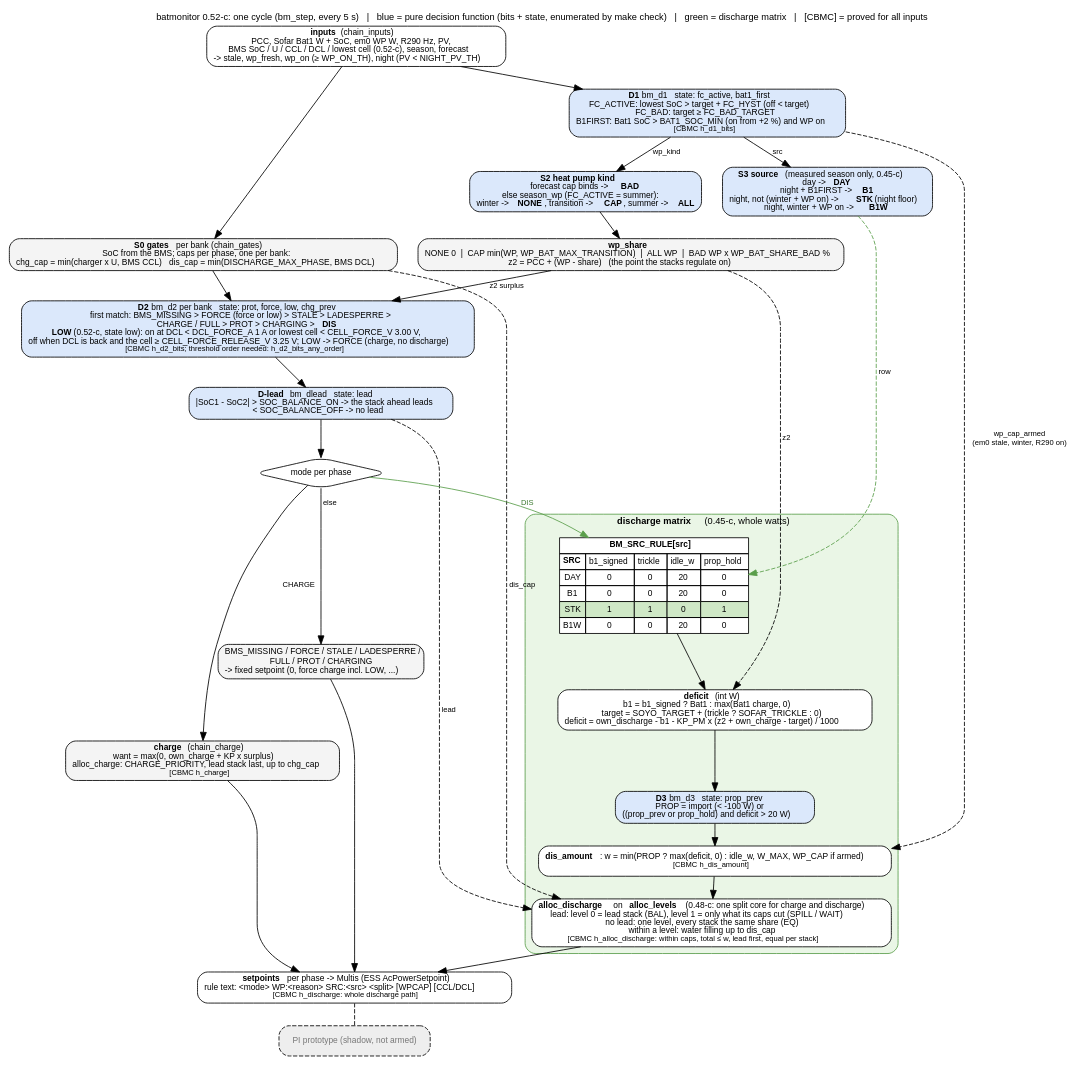
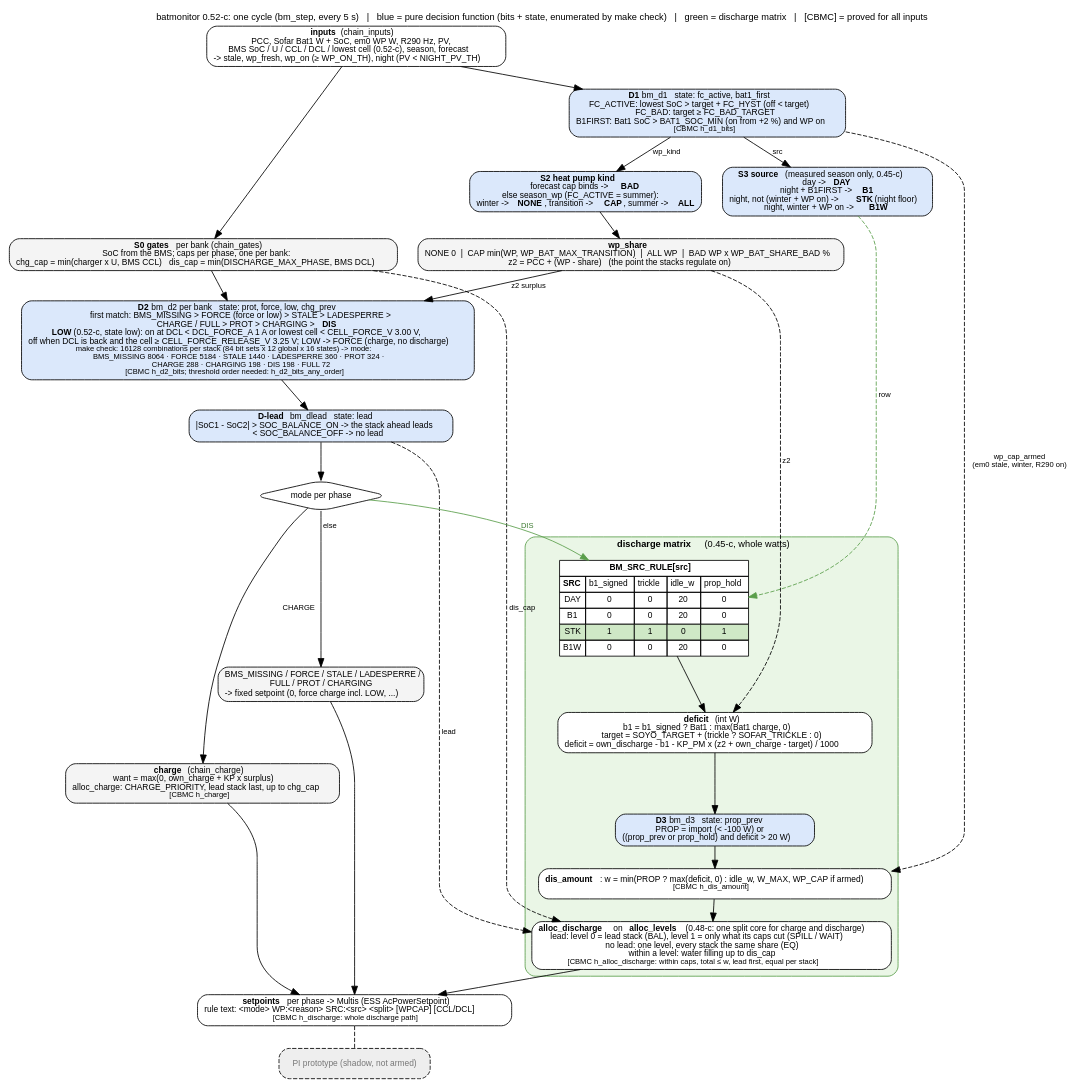
Before and after one commit to gerontec/victron: the diagram in docs/discharge_flow.dot, drawn with Graphviz. The commit also changed 8 other files, not shown here.

Commit message:
docs: D2 boxes of the three flow charts labelled with the make check counts per stack (16128 -> nine modes)

```diff
--- a/docs/discharge_flow.dot
+++ b/docs/discharge_flow.dot
@@ -1,75 +1,75 @@
 // batmonitor 0.45-c: decision flow of one cycle (bm_step), the discharge matrix highlighted.
 // render: dot -Tpdf discharge_flow.dot -o discharge_flow.pdf   (or -Tpng)
 digraph batmonitor {
 	graph [rankdir=TB, fontname="Helvetica", fontsize=11, nodesep=0.35, ranksep=0.35, newrank=true,
 		   label="batmonitor 0.52-c: one cycle (bm_step, every 5 s)   |   blue = pure decision function (bits + state, enumerated by make check)   |   green = discharge matrix   |   [CBMC] = proved for all inputs",
 		   labelloc=t];
 	node [shape=box, style="rounded,filled", fillcolor="#f4f4f4", fontname="Helvetica", fontsize=10];
 	edge [fontname="Helvetica", fontsize=9];
 
 	in [label=<<b>inputs</b> (chain_inputs)<br/>PCC, Sofar Bat1 W + SoC, em0 WP W, R290 Hz, PV,<br/>BMS SoC / U / CCL / DCL / lowest cell (0.52-c), season, forecast<br/>-&gt; stale, wp_fresh, wp_on (&ge; WP_ON_TH), night (PV &lt; NIGHT_PV_TH)>, fillcolor="#ffffff"];
 
 	d1 [label=<<b>D1</b> bm_d1   state: fc_active, bat1_first<br/>FC_ACTIVE: lowest SoC &gt; target + FC_HYST (off &lt; target)<br/>FC_BAD: target &ge; FC_BAD_TARGET<br/>B1FIRST: Bat1 SoC &gt; BAT1_SOC_MIN (on from +2 %) and WP on<br/><font point-size="9">[CBMC h_d1_bits]</font>>, fillcolor="#dbe8fb"];
 
 	src [label=<<b>S3 source</b> (measured season only, 0.45-c)<br/>day -&gt; <b>DAY</b><br/>night + B1FIRST -&gt; <b>B1</b><br/>night, not (winter + WP on) -&gt; <b>STK</b> (night floor)<br/>night, winter + WP on -&gt; <b>B1W</b>>, fillcolor="#dbe8fb"];
 
 	wpk [label=<<b>S2 heat pump kind</b><br/>forecast cap binds -&gt; <b>BAD</b><br/>else season_wp (FC_ACTIVE = summer):<br/>winter -&gt; <b>NONE</b>, transition -&gt; <b>CAP</b>, summer -&gt; <b>ALL</b>>, fillcolor="#dbe8fb"];
 
 	share [label=<<b>wp_share</b><br/>NONE 0  |  CAP min(WP, WP_BAT_MAX_TRANSITION)  |  ALL WP  |  BAD WP x WP_BAT_SHARE_BAD %<br/>z2 = PCC + (WP - share)   (the point the stacks regulate on)>];
 
 	gates [label=<<b>S0 gates</b> per bank (chain_gates)<br/>SoC from the BMS; caps per phase, one per bank:<br/>chg_cap = min(charger x U, BMS CCL)   dis_cap = min(DISCHARGE_MAX_PHASE, BMS DCL)>];
 
-	d2 [label=<<b>D2</b> bm_d2 per bank   state: prot, force, low, chg_prev<br/>first match: BMS_MISSING &gt; FORCE (force or low) &gt; STALE &gt; LADESPERRE &gt;<br/>CHARGE / FULL &gt; PROT &gt; CHARGING &gt; <b>DIS</b><br/><b>LOW</b> (0.52-c, state low): on at DCL &lt; DCL_FORCE_A 1 A or lowest cell &lt; CELL_FORCE_V 3.00 V,<br/>off when DCL is back and the cell &ge; CELL_FORCE_RELEASE_V 3.25 V; LOW -&gt; FORCE (charge, no discharge)<br/><font point-size="9">[CBMC h_d2_bits; threshold order needed: h_d2_bits_any_order]</font>>, fillcolor="#dbe8fb"];
+	d2 [label=<<b>D2</b> bm_d2 per bank   state: prot, force, low, chg_prev<br/>first match: BMS_MISSING &gt; FORCE (force or low) &gt; STALE &gt; LADESPERRE &gt;<br/>CHARGE / FULL &gt; PROT &gt; CHARGING &gt; <b>DIS</b><br/><b>LOW</b> (0.52-c, state low): on at DCL &lt; DCL_FORCE_A 1 A or lowest cell &lt; CELL_FORCE_V 3.00 V,<br/>off when DCL is back and the cell &ge; CELL_FORCE_RELEASE_V 3.25 V; LOW -&gt; FORCE (charge, no discharge)<br/><font point-size="9">make check: 16128 combinations per stack (84 bit sets x 12 global x 16 states) -&gt; mode:<br/>BMS_MISSING 8064 · FORCE 5184 · STALE 1440 · LADESPERRE 360 · PROT 324 ·<br/>CHARGE 288 · CHARGING 198 · DIS 198 · FULL 72</font><br/><font point-size="9">[CBMC h_d2_bits; threshold order needed: h_d2_bits_any_order]</font>>, fillcolor="#dbe8fb"];
 
 	lead [label=<<b>D-lead</b> bm_dlead   state: lead<br/>|SoC1 - SoC2| &gt; SOC_BALANCE_ON -&gt; the stack ahead leads<br/>&lt; SOC_BALANCE_OFF -&gt; no lead>, fillcolor="#dbe8fb"];
 
 	modesplit [label="mode per phase", shape=diamond, fillcolor="#ffffff"];
 	other [label=<BMS_MISSING / FORCE / STALE / LADESPERRE /<br/>FULL / PROT / CHARGING<br/>-&gt; fixed setpoint (0, force charge incl. LOW, ...)>];
 
 	subgraph cluster_dis {
 		label=<<b>discharge matrix</b> (0.45-c, whole watts)>; style="rounded,filled"; fillcolor="#eaf6e6"; color="#5a9e4b"; fontsize=11;
 		rule [shape=plain, fillcolor="#ffffff", label=<
 			<table border="0" cellborder="1" cellspacing="0" cellpadding="3" bgcolor="#ffffff">
 			<tr><td colspan="5"><b>BM_SRC_RULE[src]</b></td></tr>
 			<tr><td><b>SRC</b></td><td>b1_signed</td><td>trickle</td><td>idle_w</td><td>prop_hold</td></tr>
 			<tr><td>DAY</td><td>0</td><td>0</td><td>20</td><td>0</td></tr>
 			<tr><td>B1</td><td>0</td><td>0</td><td>20</td><td>0</td></tr>
 			<tr><td bgcolor="#cfe8c6">STK</td><td bgcolor="#cfe8c6">1</td><td bgcolor="#cfe8c6">1</td><td bgcolor="#cfe8c6">0</td><td bgcolor="#cfe8c6">1</td></tr>
 			<tr><td>B1W</td><td>0</td><td>0</td><td>20</td><td>0</td></tr>
 			</table>>];
 		deficit [label=<<b>deficit</b> (int W)<br/>b1 = b1_signed ? Bat1 : max(Bat1 charge, 0)<br/>target = SOYO_TARGET + (trickle ? SOFAR_TRICKLE : 0)<br/>deficit = own_discharge - b1 - KP_PM x (z2 + own_charge - target) / 1000>, fillcolor="#ffffff"];
 		d3 [label=<<b>D3</b> bm_d3   state: prop_prev<br/>PROP = import (&lt; -100 W) or<br/>((prop_prev or prop_hold) and deficit &gt; 20 W)>, fillcolor="#dbe8fb"];
 		amount [label=<<b>dis_amount</b>: w = min(PROP ? max(deficit, 0) : idle_w, W_MAX, WP_CAP if armed)<br/><font point-size="9">[CBMC h_dis_amount]</font>>, fillcolor="#ffffff"];
 		alloc [label=<<b>alloc_discharge</b> on <b>alloc_levels</b> (0.48-c: one split core for charge and discharge)<br/>lead: level 0 = lead stack (BAL), level 1 = only what its caps cut (SPILL / WAIT)<br/>no lead: one level, every stack the same share (EQ)<br/>within a level: water filling up to dis_cap<br/><font point-size="9">[CBMC h_alloc_discharge: within caps, total &le; w, lead first, equal per stack]</font>>, fillcolor="#ffffff"];
 		rule -> deficit -> d3 -> amount -> alloc;
 	}
 
 	chg [label=<<b>charge</b> (chain_charge)<br/>want = max(0, own_charge + KP x surplus)<br/>alloc_charge: CHARGE_PRIORITY, lead stack last, up to chg_cap<br/><font point-size="9">[CBMC h_charge]</font>>];
 
 	out [label=<<b>setpoints</b> per phase -&gt; Multis (ESS AcPowerSetpoint)<br/>rule text: &lt;mode&gt; WP:&lt;reason&gt; SRC:&lt;src&gt; &lt;split&gt; [WPCAP] [CCL/DCL]<br/><font point-size="9">[CBMC h_discharge: whole discharge path]</font>>, fillcolor="#ffffff"];
 	pi [label="PI prototype (shadow, not armed)", fillcolor="#eeeeee", fontcolor="#777777", style="rounded,filled,dashed"];
 
 	in -> d1;
 	d1 -> src [label=" src"];
 	d1 -> wpk [label=" wp_kind"];
 	wpk -> share;
 	in -> gates;
 	share -> d2 [label=" z2 surplus"];
 	gates -> d2;
 	d2 -> lead;
 	lead -> modesplit;
 	modesplit -> rule [label=" DIS", color="#5a9e4b", fontcolor="#3c7a30"];
 	modesplit -> chg [label=" CHARGE"];
 	modesplit -> other [label=" else"];
 	src -> rule [color="#5a9e4b", style=dashed, label=" row"];
 	share -> deficit [style=dashed, label=" z2"];
 	d1 -> amount [style=dashed, label=" wp_cap_armed\n(em0 stale, winter, R290 on)"];
 	gates -> alloc [style=dashed, label=" dis_cap"];
 	lead -> alloc [style=dashed, label=" lead"];
 	alloc -> out;
 	chg -> out;
 	other -> out;
 	out -> pi [style=dashed, arrowhead=none];
 
 	{rank=same; src; wpk;}
 }
```
